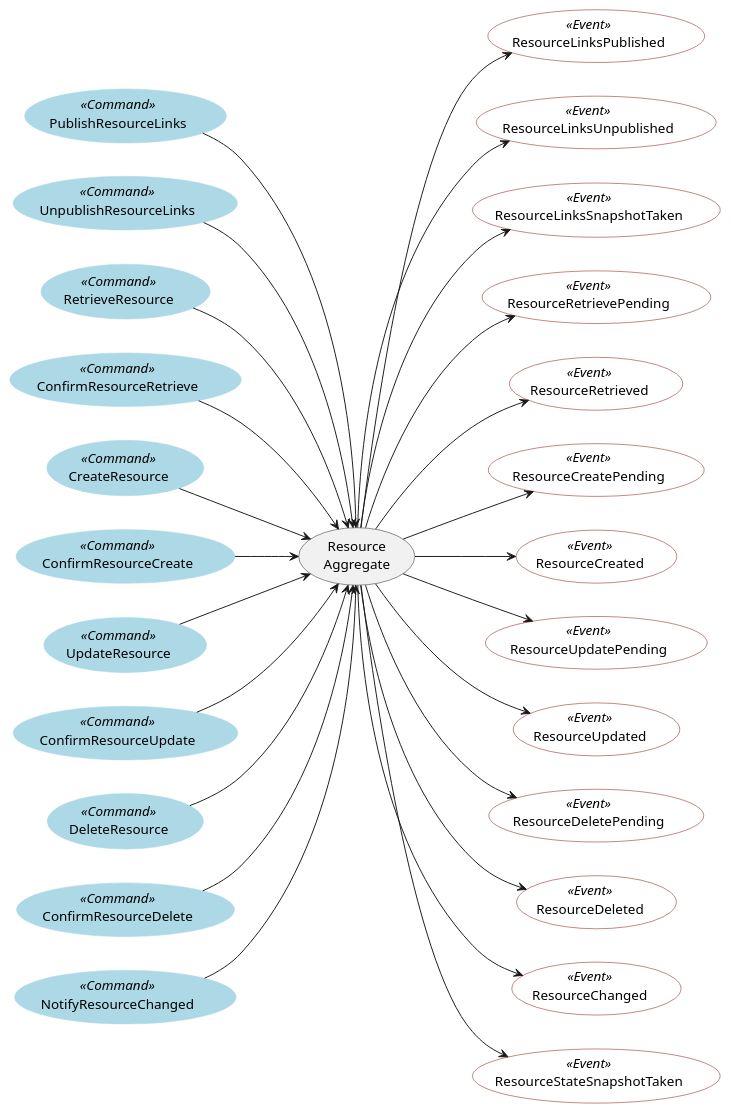
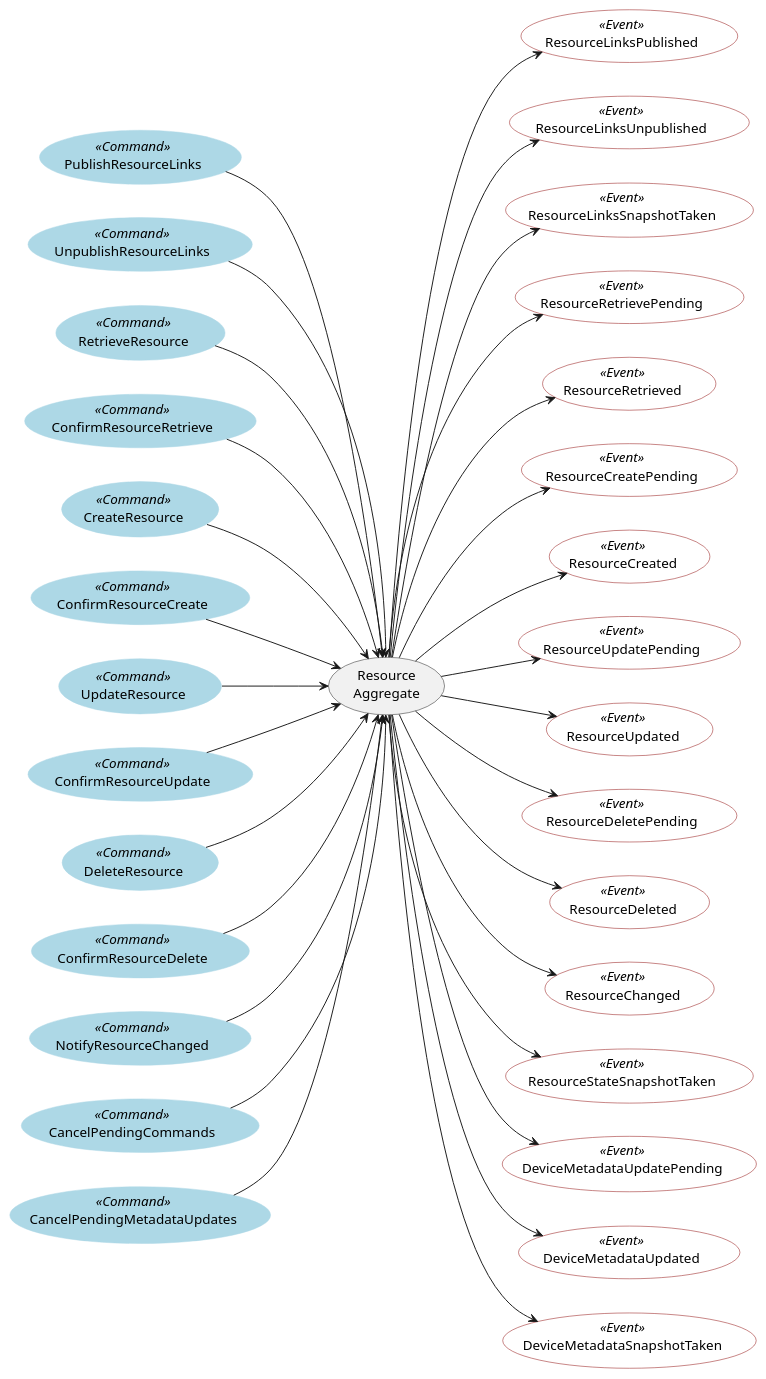
One commit to plgd-dev/doc changed the sixth of 6 diagrams in content/en/architecture/component-overview.md. Above: the diagram before and after it, drawn with PlantUML. The commit also changed 1 other file, not shown here.

Commit message:
add doc for cancel pending commands (#16)

```diff
--- a/content/en/architecture/component-overview.md
+++ b/content/en/architecture/component-overview.md
@@ -238,68 +238,78 @@
 {{< plantuml id="commands-events-overview" >}}
 @startuml
 skinparam backgroundColor transparent
 
 left to right direction
 skinparam usecase {
     BackgroundColor<< Command >> LightBlue
     BorderColor<< Command >> LightBlue
     BackgroundColor<< Event >> LightRed
     BorderColor<< Event >> DarkRed
 }
 
 usecase (Resource\nAggregate) as Aggregate
 
 (PublishResourceLinks) << Command >>
 (UnpublishResourceLinks) << Command >>
 (RetrieveResource) << Command >>
 (ConfirmResourceRetrieve) << Command >>
 (CreateResource) << Command >>
 (ConfirmResourceCreate) << Command >>
 (UpdateResource) << Command >>
 (ConfirmResourceUpdate) << Command >>
 (DeleteResource) << Command >>
 (ConfirmResourceDelete) << Command >>
 (NotifyResourceChanged) << Command >>
+(CancelPendingCommands) << Command >>
+(CancelPendingMetadataUpdates) << Command >>
 
 (ResourceLinksPublished) << Event >>
 (ResourceLinksUnpublished) << Event >>
 (ResourceLinksSnapshotTaken) << Event >>
 (ResourceRetrievePending) << Event >>
 (ResourceRetrieved) << Event >>
 (ResourceCreatePending) << Event >>
 (ResourceCreated) << Event >>
 (ResourceUpdatePending) << Event >>
 (ResourceUpdated) << Event >>
 (ResourceDeletePending) << Event >>
 (ResourceDeleted) << Event >>
 (ResourceChanged) << Event >>
 (ResourceStateSnapshotTaken) << Event >>
+(DeviceMetadataUpdatePending) << Event >>
+(DeviceMetadataUpdated) << Event >>
+(DeviceMetadataSnapshotTaken) << Event >>
 
 (PublishResourceLinks) -down-> Aggregate
 (UnpublishResourceLinks) -down-> Aggregate
 (RetrieveResource) -down-> Aggregate
 (ConfirmResourceRetrieve) -down-> Aggregate
 (CreateResource) -down-> Aggregate
 (ConfirmResourceCreate) -down-> Aggregate
 (UpdateResource) -down-> Aggregate
 (ConfirmResourceUpdate) -down-> Aggregate
 (DeleteResource) -down-> Aggregate
 (ConfirmResourceDelete) -down-> Aggregate
 (NotifyResourceChanged) -down-> Aggregate
+(CancelPendingCommands) -down-> Aggregate
+(CancelPendingMetadataUpdates) -down-> Aggregate
 
 Aggregate -down-> (ResourceLinksPublished)
 Aggregate -down-> (ResourceLinksUnpublished)
 Aggregate -down-> (ResourceLinksSnapshotTaken)
 Aggregate -down-> (ResourceRetrievePending)
 Aggregate -down-> (ResourceRetrieved)
 Aggregate -down-> (ResourceCreatePending)
 Aggregate -down-> (ResourceCreated)
 Aggregate -down-> (ResourceUpdatePending)
 Aggregate -down-> (ResourceUpdated)
 Aggregate -down-> (ResourceDeletePending)
 Aggregate -down-> (ResourceDeleted)
 Aggregate -down-> (ResourceChanged)
 Aggregate -down-> (ResourceStateSnapshotTaken)
+Aggregate -down-> (DeviceMetadataUpdatePending)
+Aggregate -down-> (DeviceMetadataUpdated)
+Aggregate -down-> (DeviceMetadataSnapshotTaken)
 
 @enduml
 {{< /plantuml >}}
```
